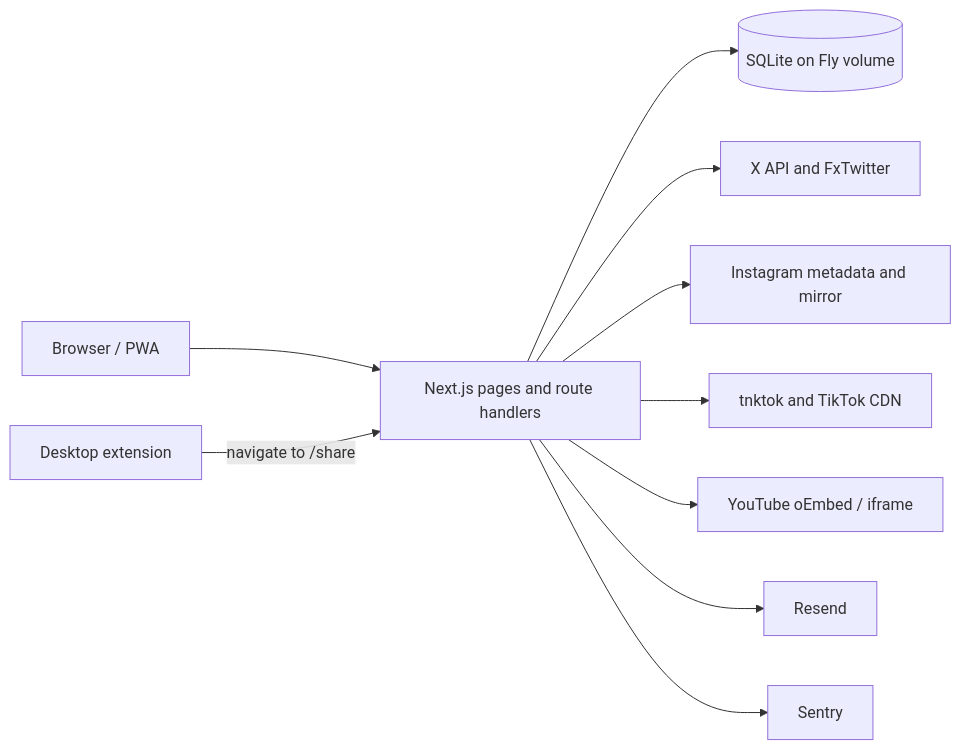
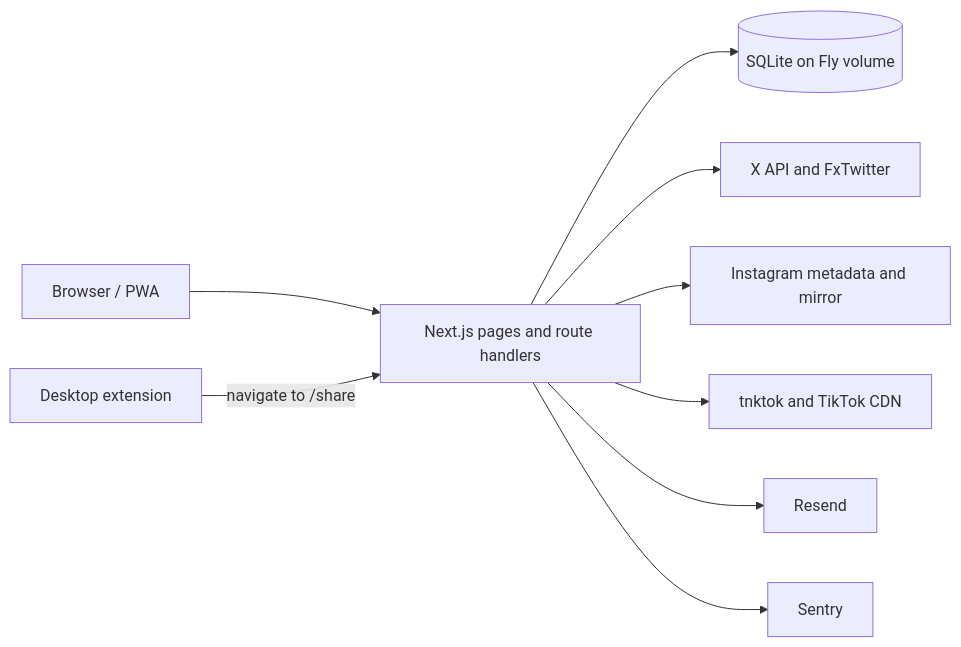
One commit to itsmemeworks/adhx changed the first of 6 diagrams in ARCHITECTURE.md. Above: the diagram before and after it, drawn with Mermaid. The commit also changed other lines of this file and 144 other files, not shown here.

````diff
--- a/ARCHITECTURE.md
+++ b/ARCHITECTURE.md
@@ -21,12 +21,11 @@
 ```mermaid
 flowchart LR
   B[Browser / PWA] --> N[Next.js pages and route handlers]
   E[Desktop extension] -->|navigate to /share| N
   N --> D[(SQLite on Fly volume)]
   N --> X[X API and FxTwitter]
   N --> I[Instagram metadata and mirror]
   N --> T[tnktok and TikTok CDN]
-  N --> Y[YouTube oEmbed / iframe]
   N --> R[Resend]
   N --> S[Sentry]
 ```
````
